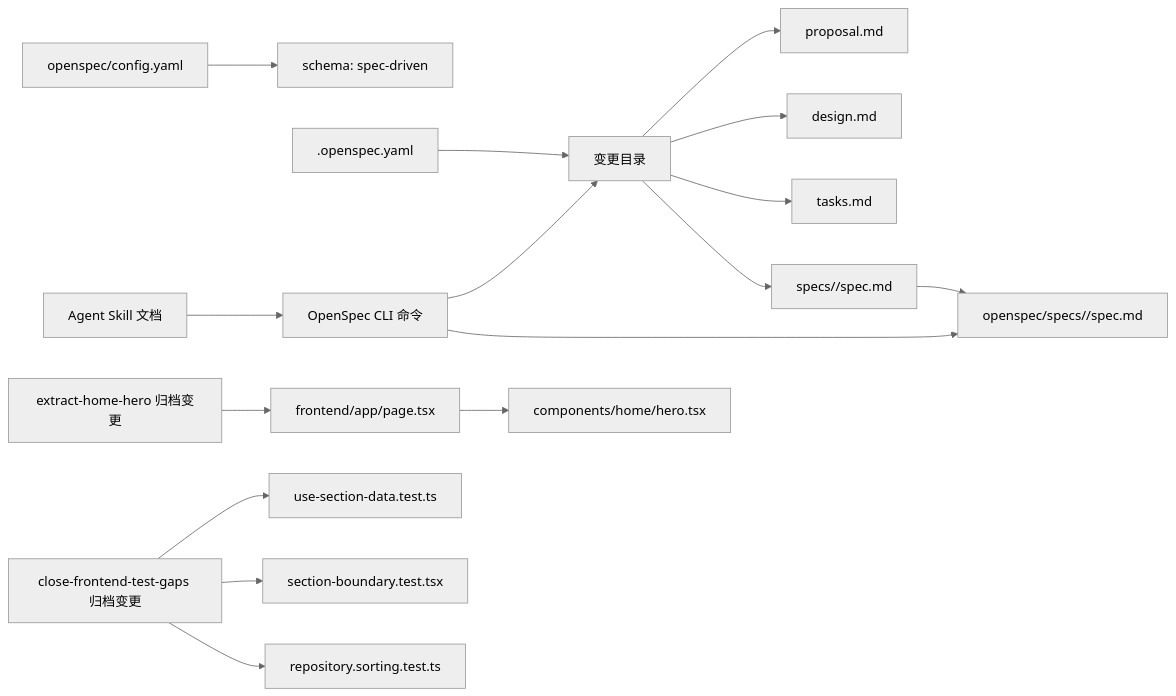
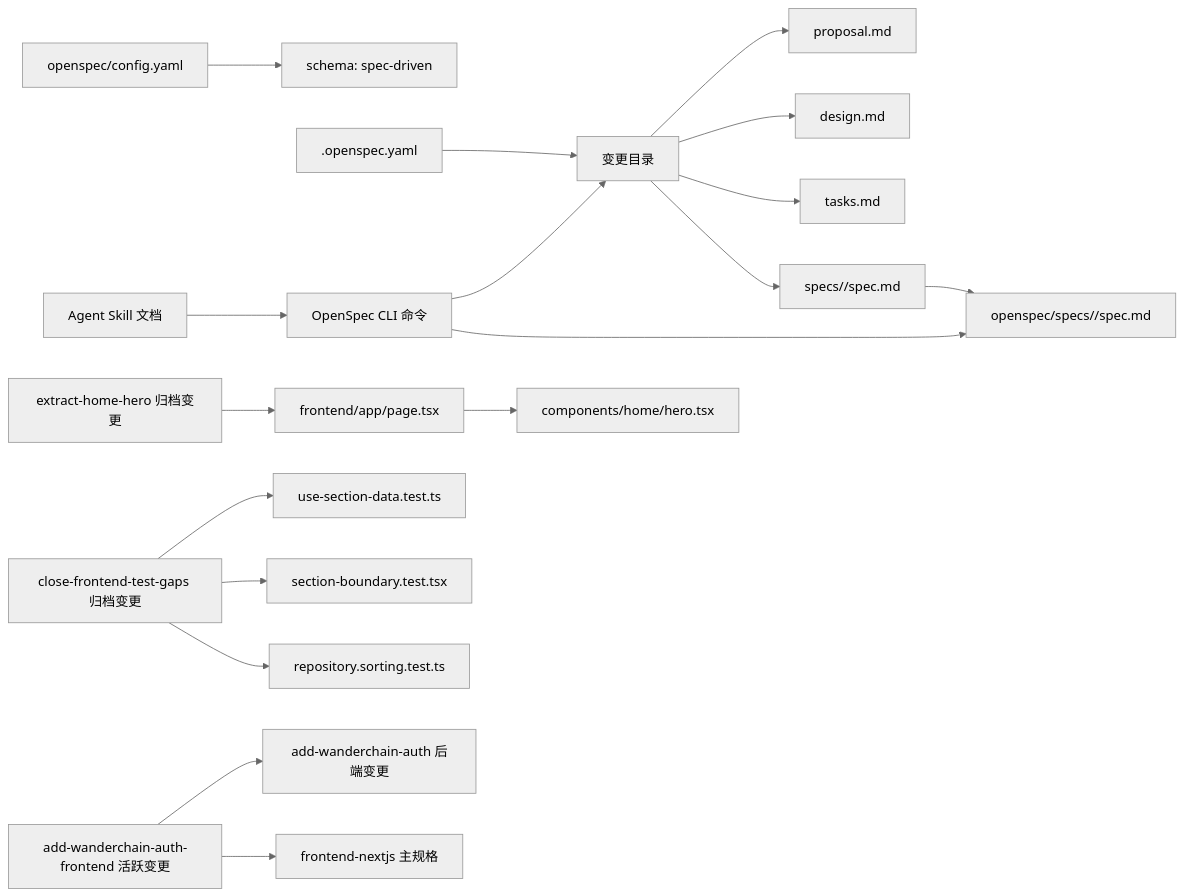
One commit to luyitiger6/my-first-project changed diagram 11 of 11 in .qoder/repowiki/zh/content/规格驱动开发/OpenSpec 工具使用.md. Above: the diagram before and after it, drawn with Mermaid (neutral theme). The commit also changed other lines of this file and 34 other files, not shown here.

````diff
--- a/.qoder/repowiki/zh/content/规格驱动开发/OpenSpec 工具使用.md
+++ b/.qoder/repowiki/zh/content/规格驱动开发/OpenSpec 工具使用.md
@@ -415,18 +449,20 @@
 ```mermaid
 graph LR
 Config["openspec/config.yaml"] --> Schema["schema: spec-driven"]
 Meta[".openspec.yaml"] --> ChangeDir["变更目录"]
 ChangeDir --> Proposal["proposal.md"]
 ChangeDir --> Design["design.md"]
 ChangeDir --> Tasks["tasks.md"]
 ChangeDir --> Delta["specs/<capability>/spec.md"]
 Delta --> MainSpec["openspec/specs/<capability>/spec.md"]
 Skills["Agent Skill 文档"] --> CLI["OpenSpec CLI 命令"]
 CLI --> ChangeDir
 CLI --> MainSpec
 ExtractHero["extract-home-hero 归档变更"] --> FrontendPage["frontend/app/page.tsx"]
 FrontendPage --> HeroComponent["components/home/hero.tsx"]
 TestGaps["close-frontend-test-gaps 归档变更"] --> UseSectionData["use-section-data.test.ts"]
 TestGaps --> SectionBoundary["section-boundary.test.tsx"]
 TestGaps --> SortingTest["repository.sorting.test.ts"]
+AuthFrontend["add-wanderchain-auth-frontend 活跃变更"] --> AuthBackend["add-wanderchain-auth 后端变更"]
+AuthFrontend --> FrontendSpec["frontend-nextjs 主规格"]
 ```
````
